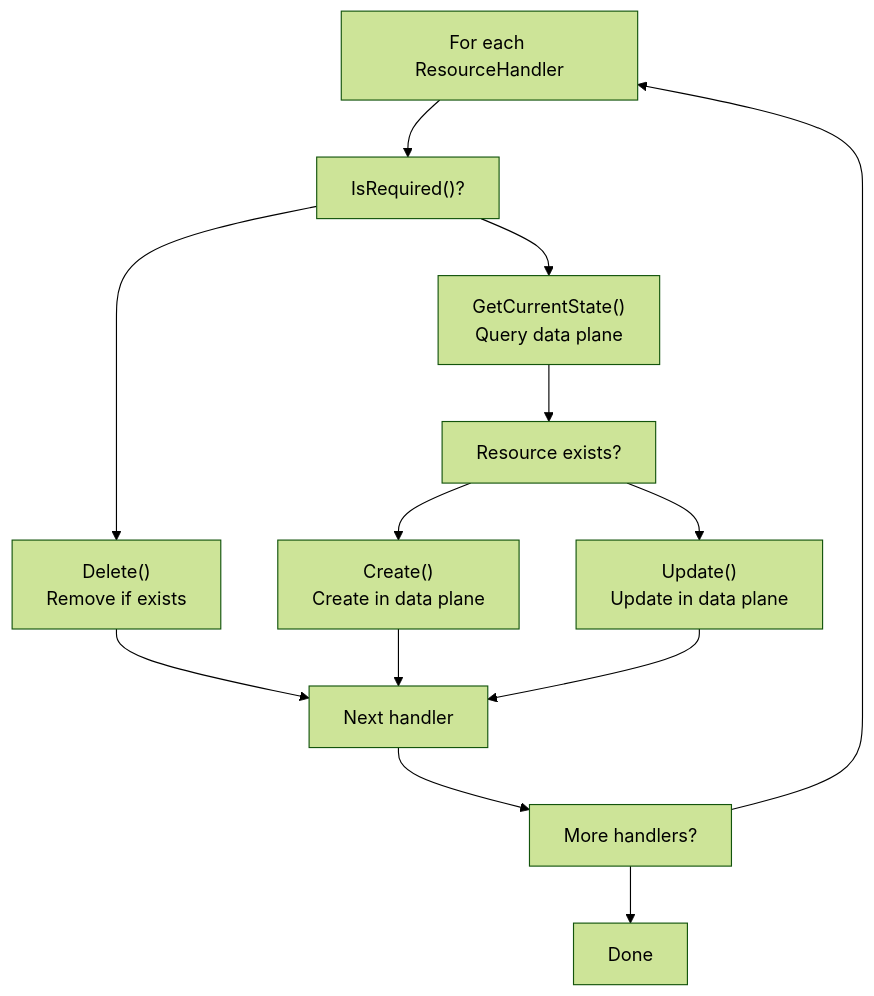
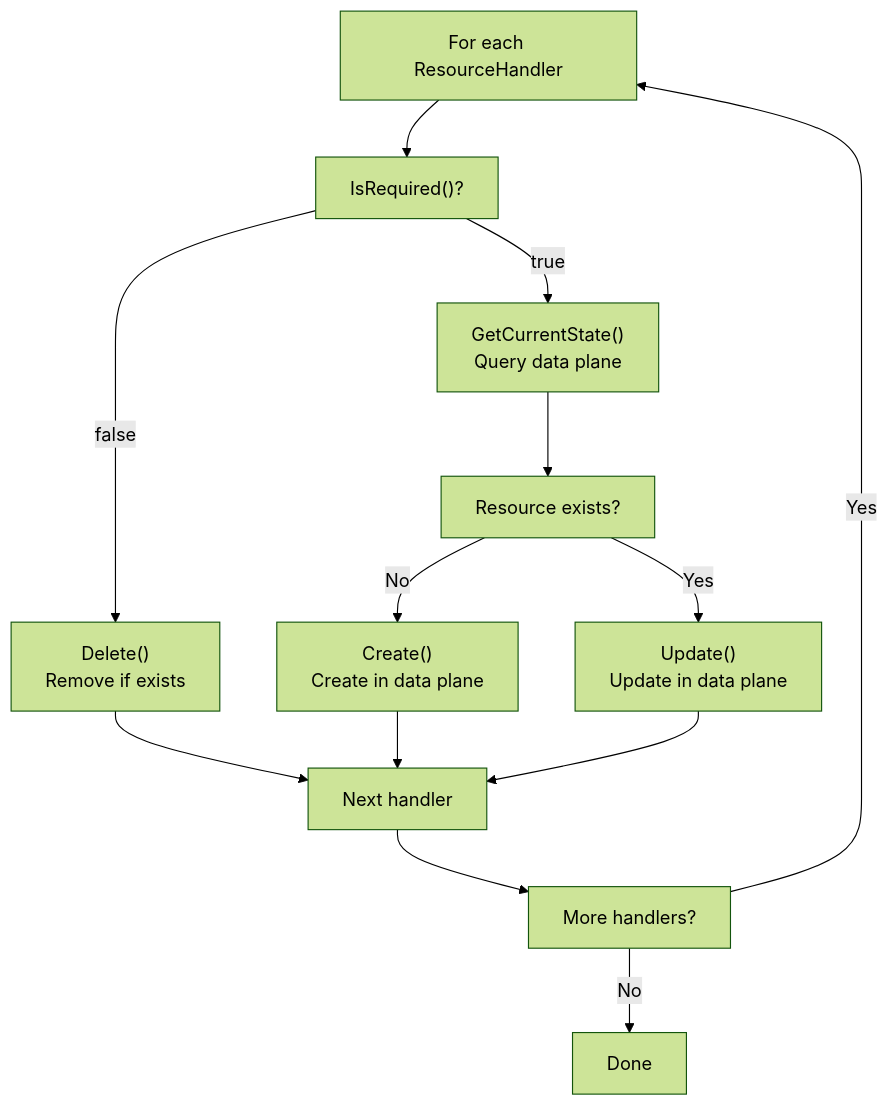
One commit to openchoreo/openchoreo changed the third of 6 diagrams in docs/deepwiki/Endpoint-Controller.md. Above: the diagram before and after it, drawn with Mermaid (forest theme). The commit also changed other lines of this file and 85 other files, not shown here.

Commit message:
feat: Add new workflow and specification templates, update Helm chart dependencies, and clarify documentation diagrams.

````diff
--- a/docs/deepwiki/Endpoint-Controller.md
+++ b/docs/deepwiki/Endpoint-Controller.md
@@ -210,27 +210,27 @@
 ```mermaid
 flowchart TD
 
 Start["For each ResourceHandler"]
 CheckRequired["IsRequired()?"]
 Delete["Delete()<br>Remove if exists"]
 GetState["GetCurrentState()<br>Query data plane"]
 Next["Next handler"]
 CheckExists["Resource exists?"]
 Create["Create()<br>Create in data plane"]
 Update["Update()<br>Update in data plane"]
 End["More handlers?"]
 Done["Done"]
 
 Start --> CheckRequired
-CheckRequired --> Delete
-CheckRequired --> GetState
+CheckRequired -->|"false"| Delete
+CheckRequired -->|"true"| GetState
 Delete --> Next
 GetState --> CheckExists
-CheckExists --> Create
-CheckExists --> Update
+CheckExists -->|"No"| Create
+CheckExists -->|"Yes"| Update
 Create --> Next
 Update --> Next
 Next --> End
-End --> Start
-End --> Done
+End -->|"Yes"| Start
+End -->|"No"| Done
 ```
````
